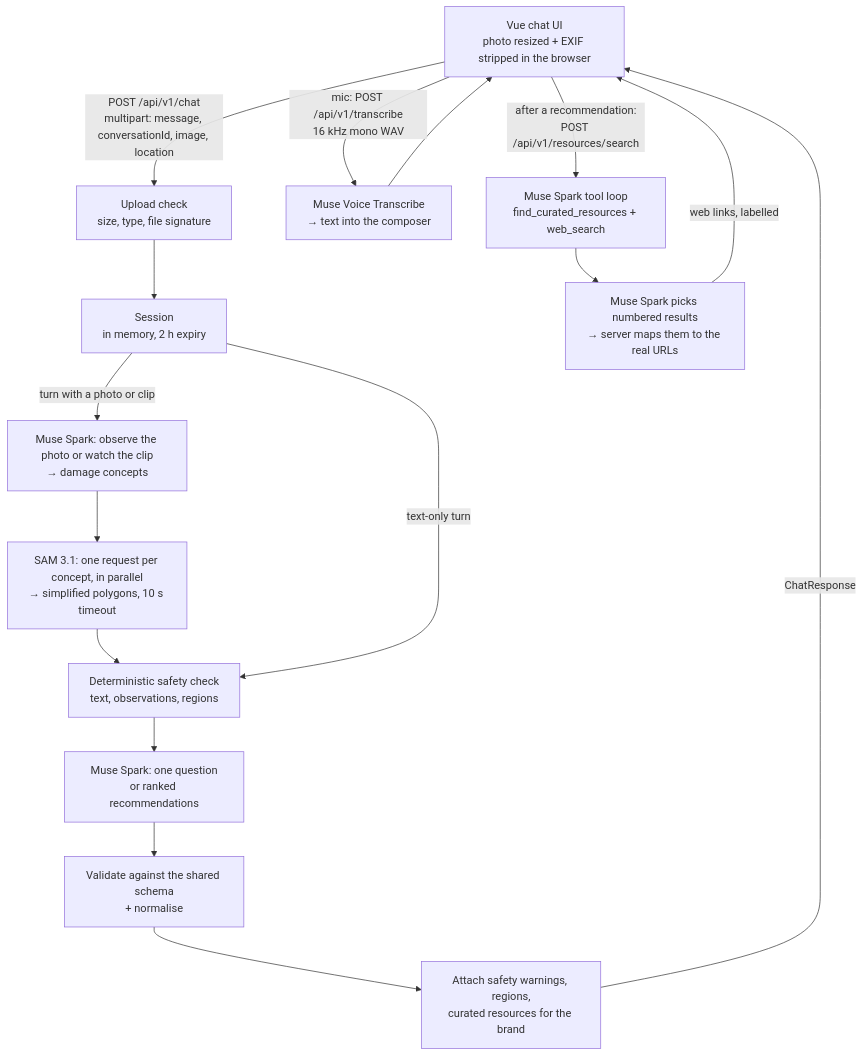
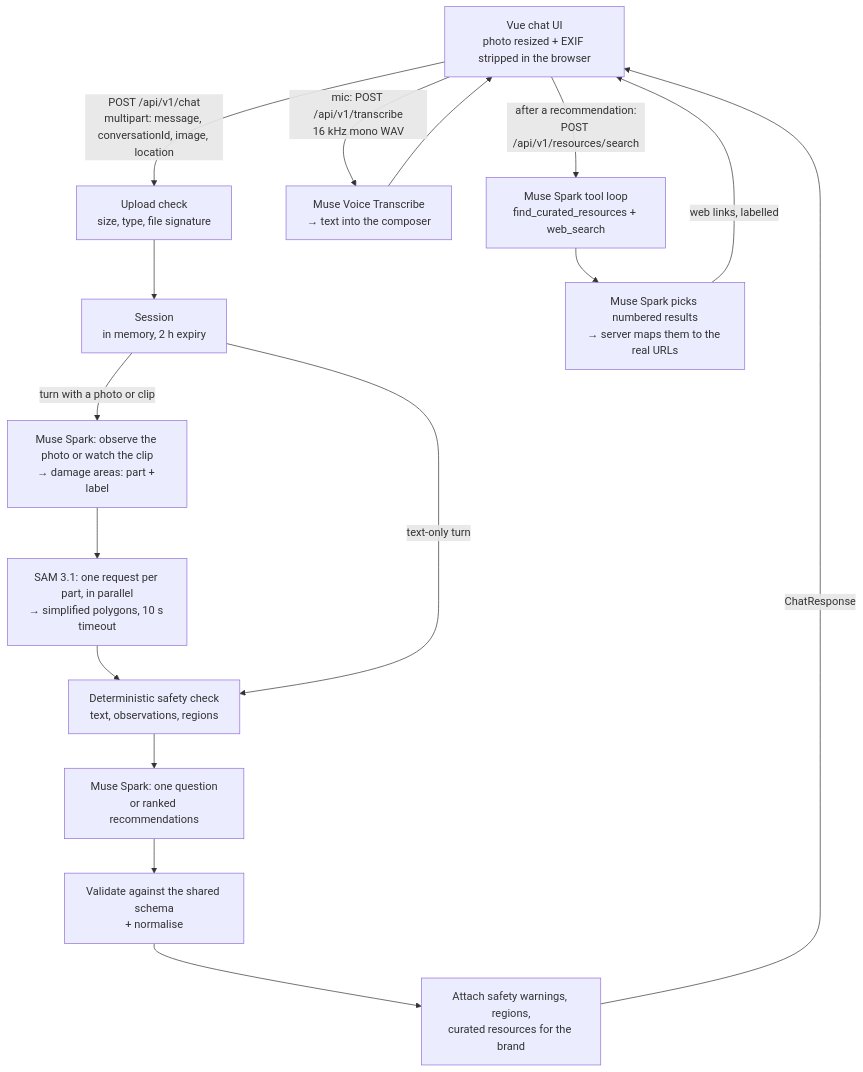
Before and after one commit to vonnue-akhil/SecondLife-AI: the diagram in README.md, drawn with Mermaid. The commit also changed other lines of this file, not shown here.

````diff
--- a/README.md
+++ b/README.md
@@ -78,19 +70,19 @@
 ```mermaid
 flowchart TD
     UI["Vue chat UI<br/>photo resized + EXIF stripped in the browser"]
     UI -->|"POST /api/v1/chat<br/>multipart: message, conversationId, image, location"| UP["Upload check<br/>size, type, file signature"]
     UP --> S["Session<br/>in memory, 2 h expiry"]
-    S -->|"turn with a photo or clip"| OBS["Muse Spark: observe the photo or watch the clip<br/>→ damage concepts"]
-    OBS --> SEG["SAM 3.1: one request per concept, in parallel<br/>→ simplified polygons, 10 s timeout"]
+    S -->|"turn with a photo or clip"| OBS["Muse Spark: observe the photo or watch the clip<br/>→ damage areas: part + label"]
+    OBS --> SEG["SAM 3.1: one request per part, in parallel<br/>→ simplified polygons, 10 s timeout"]
     SEG --> SAFE
     S -->|"text-only turn"| SAFE["Deterministic safety check<br/>text, observations, regions"]
     SAFE --> RESP["Muse Spark: one question<br/>or ranked recommendations"]
     RESP --> VAL["Validate against the shared schema<br/>+ normalise"]
     VAL --> ATT["Attach safety warnings, regions,<br/>curated resources for the brand"]
     ATT -->|"ChatResponse"| UI
     UI -->|"mic: POST /api/v1/transcribe<br/>16 kHz mono WAV"| ASR["Muse Voice Transcribe<br/>→ text into the composer"]
     ASR --> UI
     UI -->|"after a recommendation:<br/>POST /api/v1/resources/search"| FIND["Muse Spark tool loop<br/>find_curated_resources + web_search"]
     FIND --> PICK["Muse Spark picks numbered results<br/>→ server maps them to the real URLs"]
     PICK -->|"web links, labelled"| UI
 ```
````
